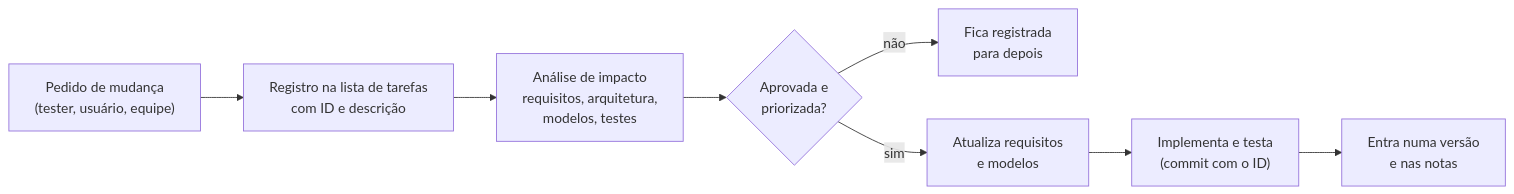
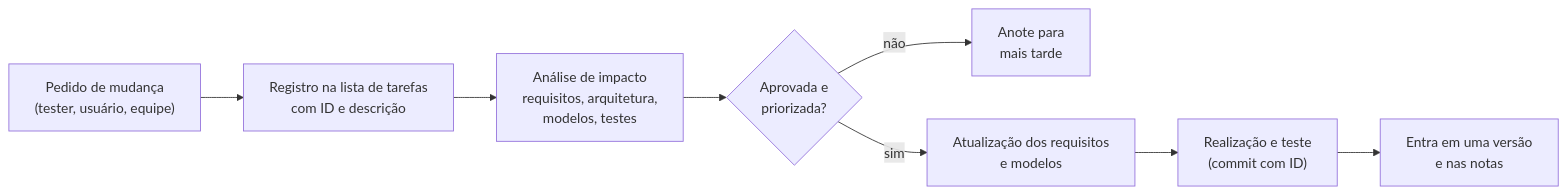
The eighth of 8 diagrams in 07-entrega-final/dossie.md (TyxMatty/Jay-C-apresentacao), drawn with Mermaid before and after one commit. The commit also changed other lines of this file and 2 other files, not shown here.

````diff
--- a/07-entrega-final/dossie.md
+++ b/07-entrega-final/dossie.md
@@ -732,10 +732,10 @@
 ```mermaid
 flowchart LR
   A["Pedido de mudança<br/>(tester, usuário, equipe)"] --> B["Registro na lista de tarefas<br/>com ID e descrição"]
   B --> C["Análise de impacto<br/>requisitos, arquitetura,<br/>modelos, testes"]
   C --> D{"Aprovada e<br/>priorizada?"}
-  D -- "não" --> X["Fica registrada<br/>para depois"]
-  D -- "sim" --> E["Atualiza requisitos<br/>e modelos"]
-  E --> F["Implementa e testa<br/>(commit com o ID)"]
-  F --> G["Entra numa versão<br/>e nas notas"]
+  D -- "não" --> X["Anote para<br/>mais tarde"]
+  D -- "sim" --> E["Atualização dos requisitos<br/>e modelos"]
+  E --> F["Realização e teste<br/>(commit com ID)"]
+  F --> G["Entra em uma versão<br/>e nas notas"]
 ```
````
